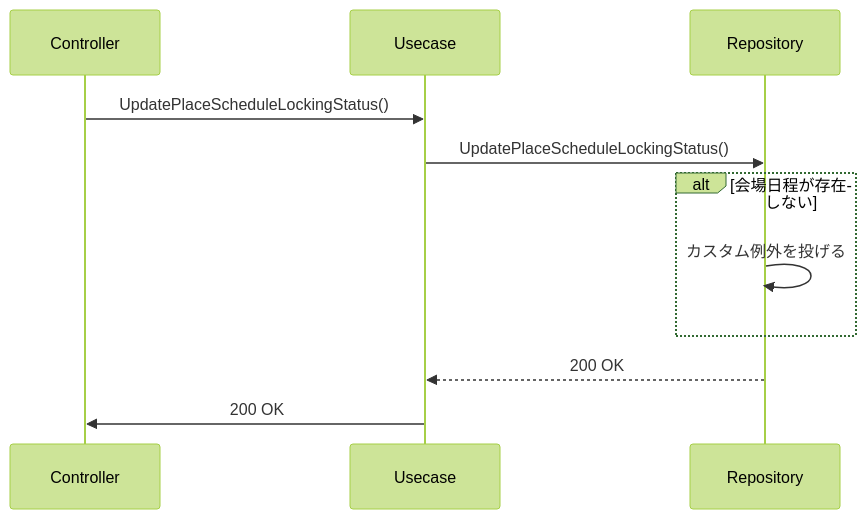
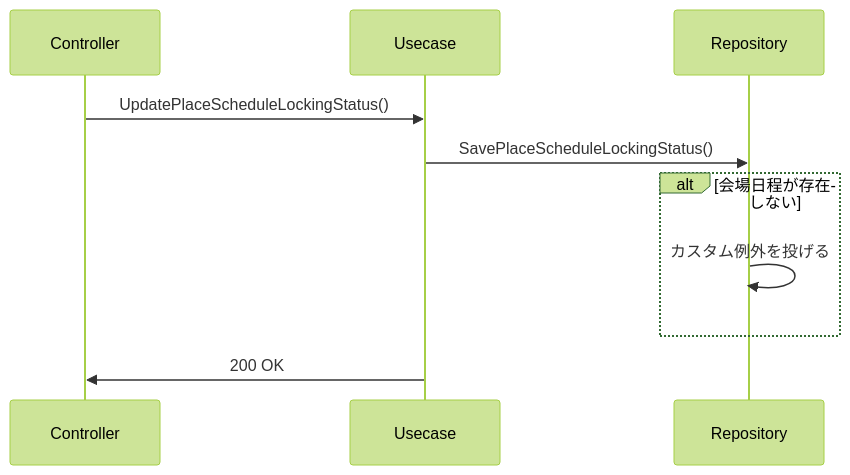
The ninth of 33 diagrams in Documents/API設計書/src/docs/5_ユースケース.adoc (MrWangpeilin945/FlutterIOS), drawn with Mermaid (forest theme) before and after one commit. The commit also changed other lines of this file, not shown here.

```diff
--- a/Documents/API設計書/src/docs/5_ユースケース.adoc
+++ b/Documents/API設計書/src/docs/5_ユースケース.adoc
@@ -154,16 +154,15 @@
 [mermaid,UpdatePlaceScheduleLockingStatus-u-seq,png]
 ----
 sequenceDiagram
   participant con as Controller
   participant uc as Usecase
   participant repo as Repository
 
   con->>uc: UpdatePlaceScheduleLockingStatus()
-  uc->>repo: UpdatePlaceScheduleLockingStatus()
+  uc->>repo: SavePlaceScheduleLockingStatus()
   alt 会場日程が存在しない
     repo->>repo: カスタム例外を投げる
   end
-  repo-->>uc: 200 OK
   uc->>con: 200 OK
 
 ----
```
